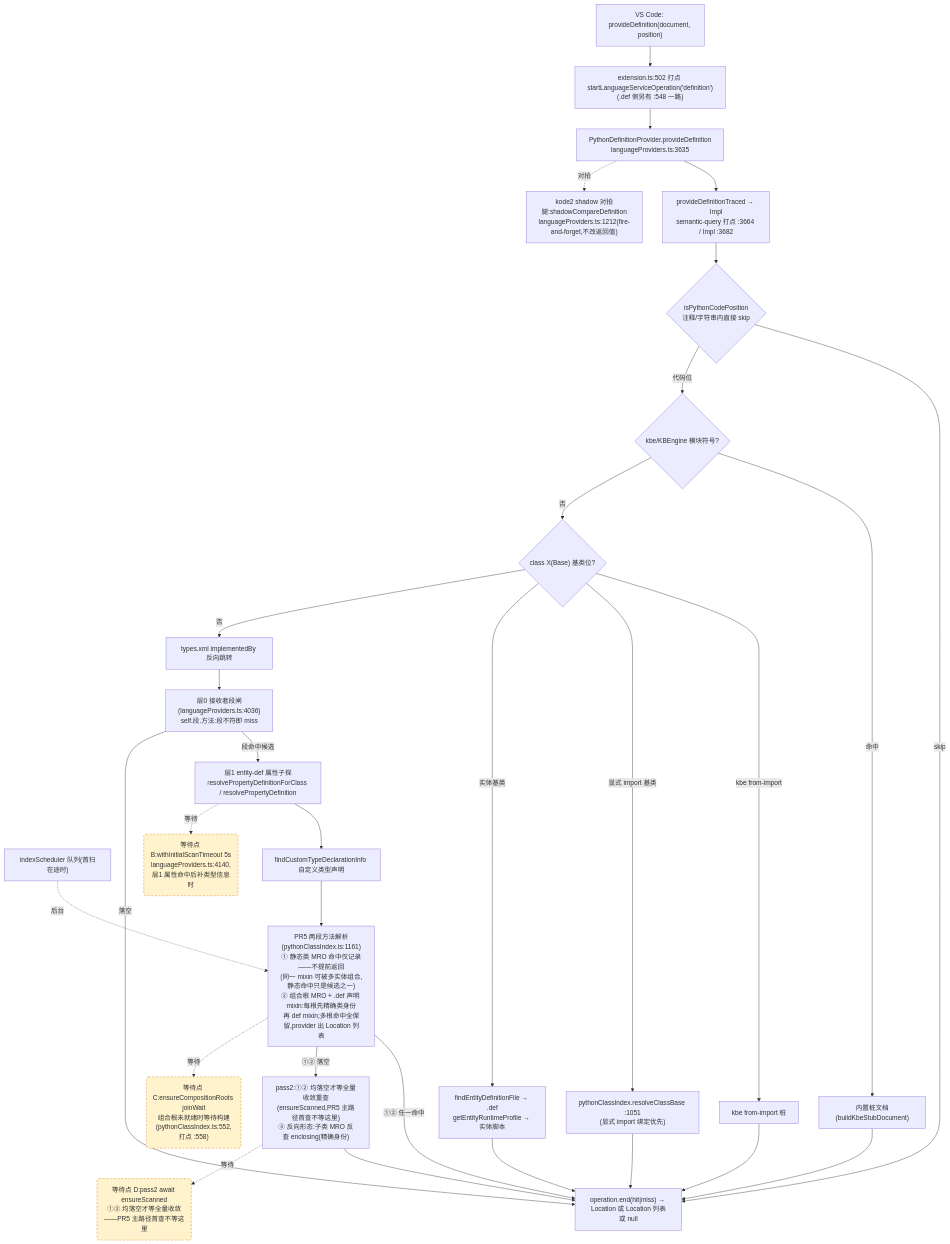
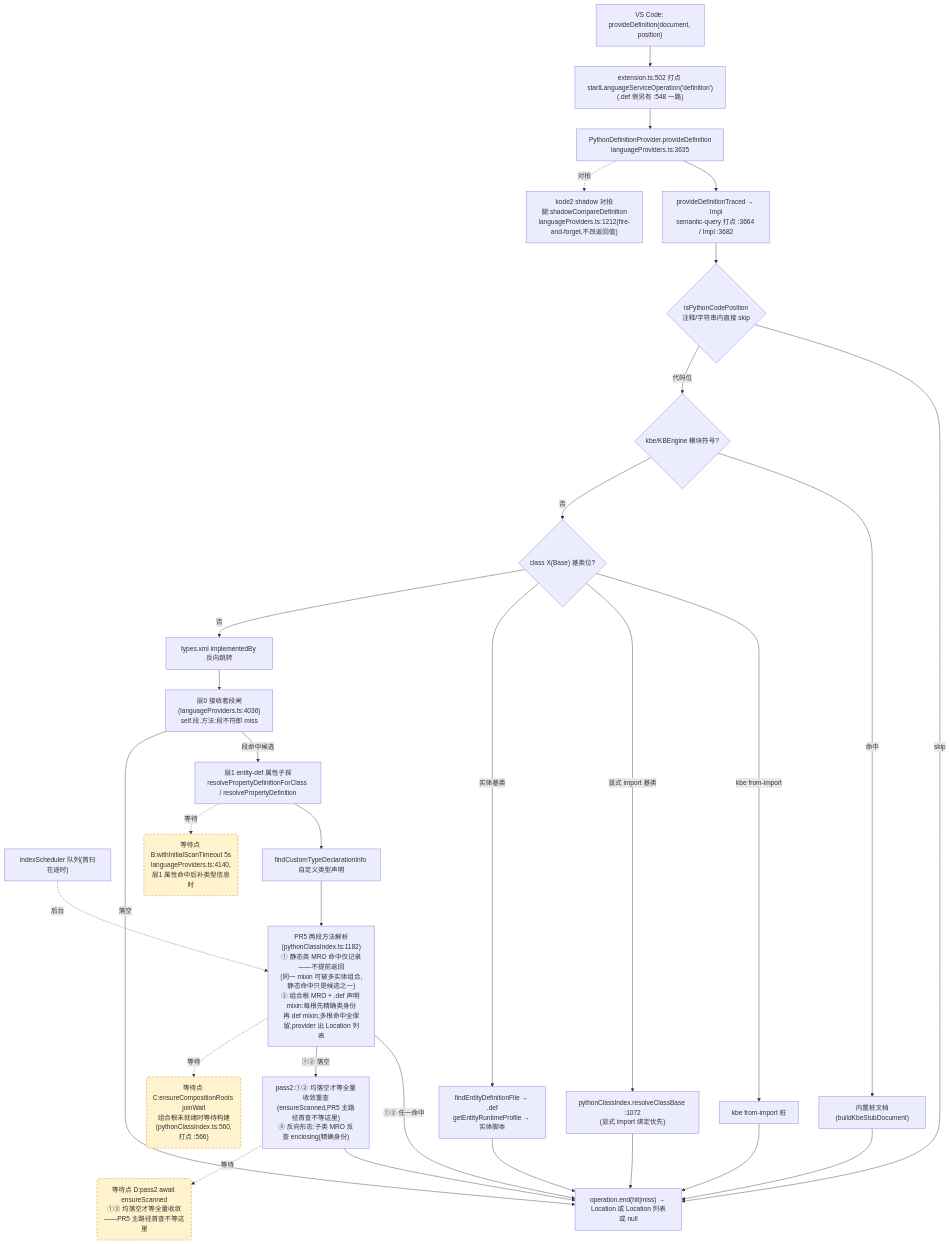
Before and after one commit to cuihairu/kode: the second of 4 diagrams in docs/perf/2026-baseline.md, drawn with Mermaid. The commit also changed other lines of this file and 1 other file, not shown here.

Commit message:
docs: repin perf anchors and tick ci ordering fix

````diff
--- a/docs/perf/2026-baseline.md
+++ b/docs/perf/2026-baseline.md
@@ -128,51 +128,51 @@
 ```mermaid
 flowchart TD
   VC2["VS Code: provideDefinition(document, position)"]
   M2["extension.ts:502 打点 startLanguageServiceOperation('definition')<br/>(.def 侧另有 :548 一路)"]
   AD2["PythonDefinitionProvider.provideDefinition<br/>languageProviders.ts:3635"]
   TR["provideDefinitionTraced → Impl<br/>semantic-query 打点 :3664 / Impl :3682"]
   CTX{"isPythonCodePosition<br/>注释/字符串内直接 skip"}
   KBE{"kbe/KBEngine 模块符号?"}
   STUB["内置桩文档(buildKbeStubDocument)"]
   CB{"class X(Base) 基类位?"}
   CB1["kbe from-import 桩"]
-  CB2["pythonClassIndex.resolveClassBase :1051<br/>(显式 import 绑定优先)"]
+  CB2["pythonClassIndex.resolveClassBase :1072<br/>(显式 import 绑定优先)"]
   CB3["findEntityDefinitionFile → .def<br/>getEntityRuntimeProfile → 实体脚本"]
   REV["types.xml implementedBy 反向跳转"]
   L0["层0 接收者段闸(languageProviders.ts:4036)<br/>self.段.方法:段不符即 miss"]
   L1["层1 entity-def 属性子探<br/>resolvePropertyDefinitionForClass / resolvePropertyDefinition"]
   SCAN["indexScheduler 队列(首扫在途时)"]
   TY["findCustomTypeDeclarationInfo 自定义类型声明"]
-  MRO["PR5 两段方法解析(pythonClassIndex.ts:1161)<br/>① 静态类 MRO 命中仅记录——不提前返回<br/>(同一 mixin 可被多实体组合,静态命中只是候选之一)<br/>② 组合根 MRO + .def 声明 mixin:每根先精确类身份<br/>再 def mixin;多根命中全保留,provider 出 Location 列表"]
+  MRO["PR5 两段方法解析(pythonClassIndex.ts:1182)<br/>① 静态类 MRO 命中仅记录——不提前返回<br/>(同一 mixin 可被多实体组合,静态命中只是候选之一)<br/>② 组合根 MRO + .def 声明 mixin:每根先精确类身份<br/>再 def mixin;多根命中全保留,provider 出 Location 列表"]
   PASS2["pass2:①② 均落空才等全量收敛重查<br/>(ensureScanned,PR5 主路径首查不等这里)<br/>③ 反向形态:子类 MRO 反查 enclosing(精确身份)"]
   SHD["kode2 shadow 对拍腿:shadowCompareDefinition<br/>languageProviders.ts:1212(fire-and-forget,不改返回值)"]
   END2["operation.end(hit|miss) → Location 或 Location 列表或 null"]
 
   VC2 --> M2 --> AD2 --> TR --> CTX
   CTX -- "skip" --> END2
   CTX -- "代码位" --> KBE
   KBE -- "命中" --> STUB --> END2
   KBE -- "否" --> CB
   CB -- "kbe from-import" --> CB1 --> END2
   CB -- "显式 import 基类" --> CB2 --> END2
   CB -- "实体基类" --> CB3 --> END2
   CB -- "否" --> REV --> L0
   L0 -- "段命中候选" --> L1
   L0 -- "落空" --> END2
   L1 --> TY
   TY --> MRO
   MRO -- "①② 任一命中" --> END2
   MRO -- "①② 落空" --> PASS2 --> END2
   AD2 -.->|对拍| SHD
 
   WAITB("等待点 B:withInitialScanTimeout 5s<br/>languageProviders.ts:4140,层1 属性命中后补类型信息时")
-  WAITC("等待点 C:ensureCompositionRoots joinWait<br/>组合根未就绪时等待构建(pythonClassIndex.ts:552,打点 :558)")
+  WAITC("等待点 C:ensureCompositionRoots joinWait<br/>组合根未就绪时等待构建(pythonClassIndex.ts:560,打点 :566)")
   WAITD("等待点 D:pass2 await ensureScanned<br/>①② 均落空才等全量收敛——PR5 主路径首查不等这里")
   L1 -.->|等待| WAITB
   MRO -.->|等待| WAITC
   PASS2 -.->|等待| WAITD
   SCAN -.->|后台| MRO
 
   classDef waitPoint fill:#fff3cd,stroke:#d97706,stroke-dasharray:5 4;
   class WAITB,WAITC,WAITD waitPoint;
 ```
````
